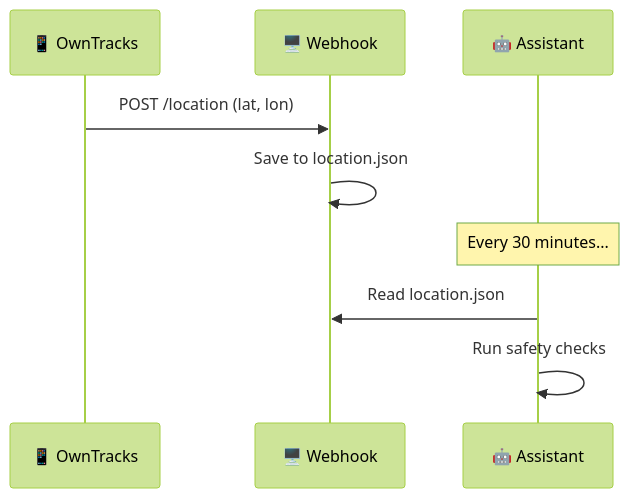
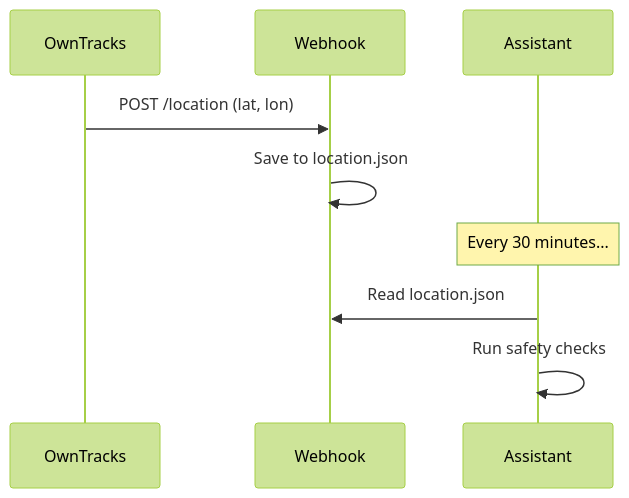
One commit to Dawgomatic/Xagent changed the second of 5 diagrams in skills/skills/sidu/location-safety-skill/README.md. Above: the diagram before and after it, drawn with Mermaid (forest theme). The commit also changed other lines of this file and 18009 other files, not shown here.

````diff
--- a/skills/skills/sidu/location-safety-skill/README.md
+++ b/skills/skills/sidu/location-safety-skill/README.md
@@ -63,12 +63,12 @@
 ```mermaid
 sequenceDiagram
-    participant Phone as 📱 OwnTracks
-    participant Server as 🖥️ Webhook
-    participant AI as 🤖 Assistant
+    participant Phone as  OwnTracks
+    participant Server as  Webhook
+    participant AI as  Assistant
     
     Phone->>Server: POST /location (lat, lon)
     Server->>Server: Save to location.json
     Note over AI: Every 30 minutes...
     AI->>Server: Read location.json
     AI->>AI: Run safety checks
 ```
````
